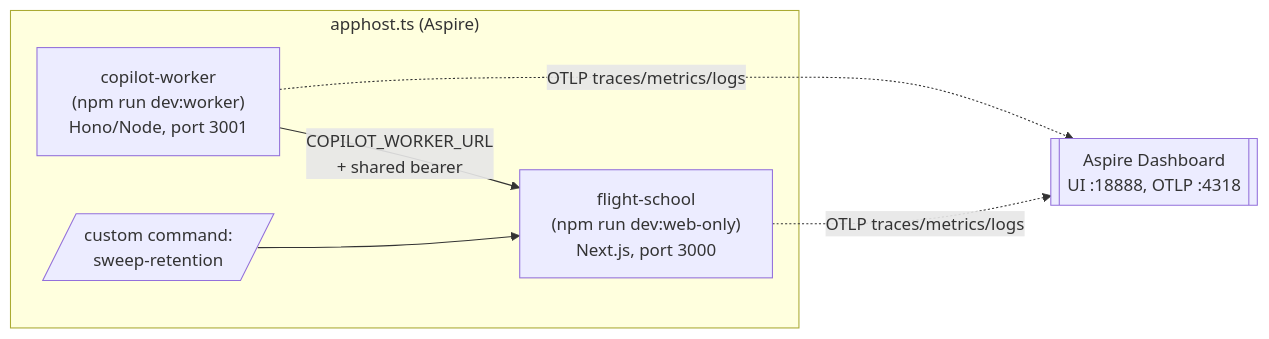
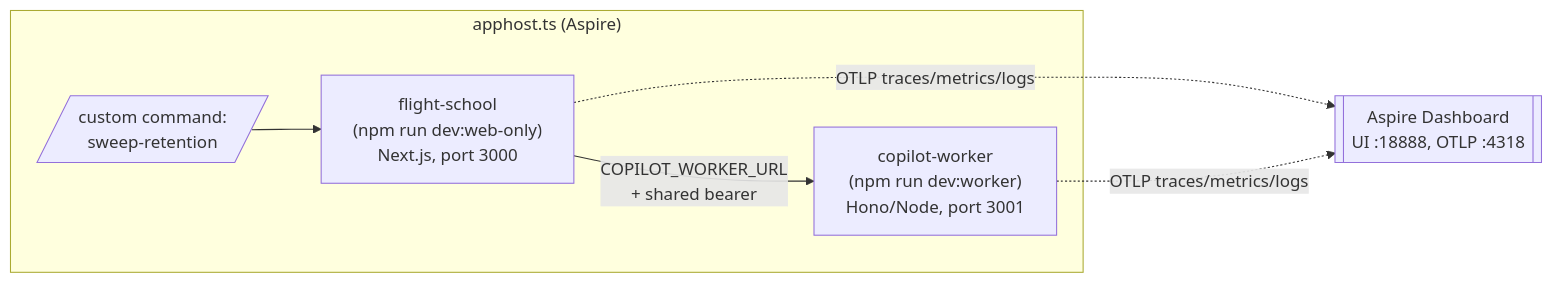
One commit to chrisreddington/flight-school changed the fourth of 6 diagrams in docs/architecture.md. Above: the diagram before and after it, drawn with Mermaid. The commit also changed other lines of this file and 9 other files, not shown here.

````diff
--- a/docs/architecture.md
+++ b/docs/architecture.md
@@ -363,14 +363,14 @@
 ```mermaid
 flowchart LR
     subgraph AppHost["apphost.ts (Aspire)"]
         Web["flight-school<br/>(npm run dev:web-only)<br/>Next.js, port 3000"]
         Worker["copilot-worker<br/>(npm run dev:worker)<br/>Hono/Node, port 3001"]
         Cmd[/"custom command:<br/>sweep-retention"/]
     end
     Dashboard[[Aspire Dashboard<br/>UI :18888, OTLP :4318]]
 
-    Worker -->|COPILOT_WORKER_URL<br/>+ shared bearer| Web
+    Web -->|COPILOT_WORKER_URL<br/>+ shared bearer| Worker
     Web -. OTLP traces/metrics/logs .-> Dashboard
     Worker -. OTLP traces/metrics/logs .-> Dashboard
     Cmd --> Web
 ```
````
